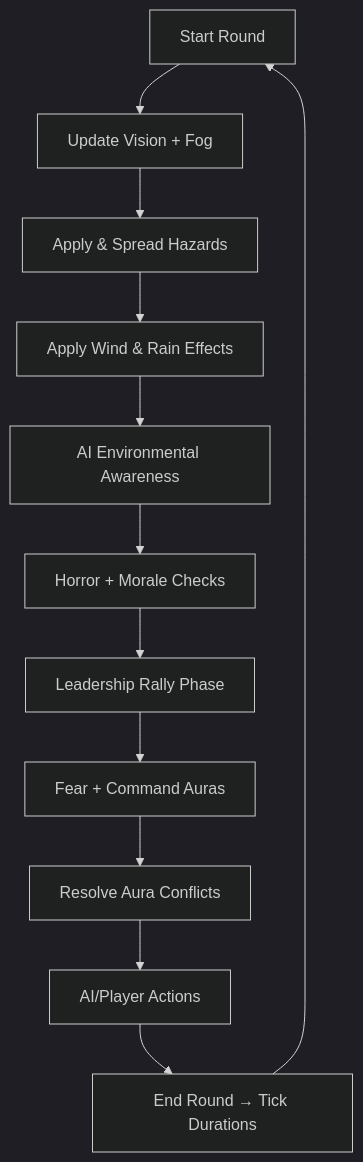
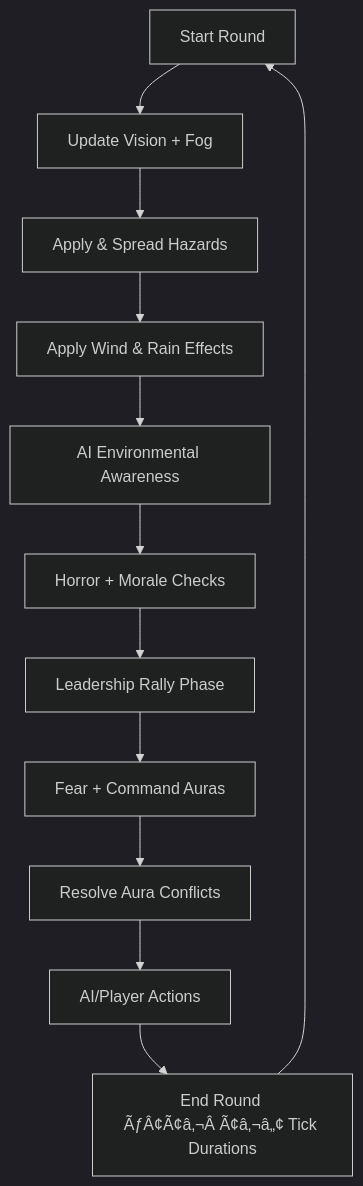
The first of 12 diagrams in README.md (Petemeyers/Palladium-Character-Creator), drawn with Mermaid (dark theme) before and after one commit. The commit also changed other lines of this file and 380 other files, not shown here.

````diff
--- a/README.md
+++ b/README.md
@@ -418,14 +418,14 @@
 ```mermaid
 flowchart TD
     Start[Start Round] --> Vision[Update Vision + Fog]
     Vision --> Hazard[Apply & Spread Hazards]
     Hazard --> Weather[Apply Wind & Rain Effects]
     Weather --> AIEnv[AI Environmental Awareness]
     AIEnv --> Morale[Horror + Morale Checks]
     Morale --> Leadership[Leadership Rally Phase]
     Leadership --> Auras[Fear + Command Auras]
     Auras --> AuraConflict[Resolve Aura Conflicts]
     AuraConflict --> Actions[AI/Player Actions]
-    Actions --> EndRound[End Round → Tick Durations]
+    Actions --> EndRound[End Round ÃƒÂ¢Ã¢â‚¬Â Ã¢â‚¬â„¢ Tick Durations]
     EndRound --> Start
 ```
````
